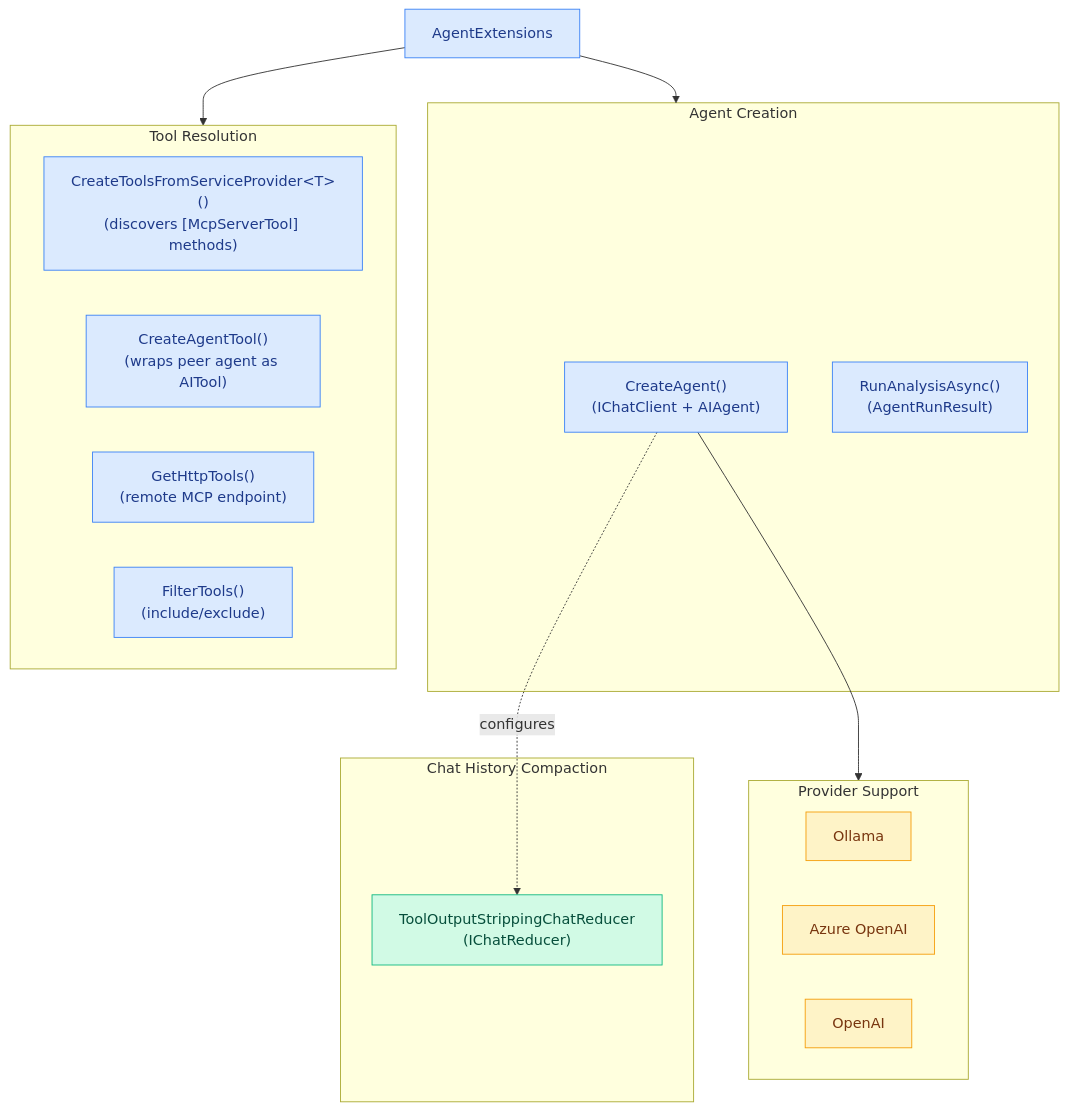
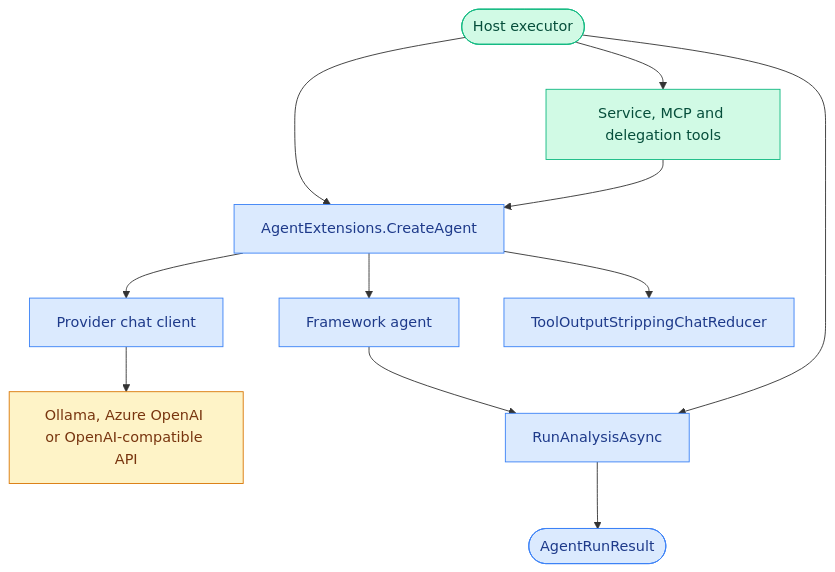
The diagram in src/CasCap.AgentRuntime.Execution/README.md (f2calv/agentizr), drawn with Mermaid before and after one commit. The commit also changed other lines of this file and 9 other files, not shown here.

````diff
--- a/src/CasCap.AgentRuntime.Execution/README.md
+++ b/src/CasCap.AgentRuntime.Execution/README.md
@@ -71,36 +70,16 @@
 ```mermaid
 graph TD
-    classDef core fill:#dbeafe,stroke:#3b82f6,color:#1e3a8a
-    classDef service fill:#d1fae5,stroke:#10b981,color:#064e3b
-    classDef config fill:#fef3c7,stroke:#f59e0b,color:#78350f
-    classDef store fill:#e0f2fe,stroke:#0284c7,color:#0c4a6e
-
-    AE["AgentExtensions"]:::core
-
-    subgraph AgentCreation["Agent Creation"]
-        CREATE["CreateAgent()<br/>(IChatClient + AIAgent)"]:::core
-        RUN["RunAnalysisAsync()<br/>(AgentRunResult)"]:::core
-    end
-
-    subgraph ToolResolution["Tool Resolution"]
-        SVC_TOOLS["CreateToolsFromServiceProvider&lt;T&gt;()<br/>(discovers [McpServerTool] methods)"]:::core
-        AGENT_TOOL["CreateAgentTool()<br/>(wraps peer agent as AITool)"]:::core
-        HTTP_TOOLS["GetHttpTools()<br/>(remote MCP endpoint)"]:::core
-        FILTER["FilterTools()<br/>(include/exclude)"]:::core
-    end
-
-    subgraph Providers["Provider Support"]
-        OLLAMA["Ollama"]:::config
-        AZURE["Azure OpenAI"]:::config
-        OPENAI["OpenAI"]:::config
-    end
-
-    subgraph Compaction["Chat History Compaction"]
-        REDUCER["ToolOutputStrippingChatReducer<br/>(IChatReducer)"]:::service
-    end
-
-    AE --> AgentCreation
-    AE --> ToolResolution
-    CREATE --> Providers
-    CREATE -.configures.-> REDUCER
+    classDef execution fill:#dbeafe,stroke:#3b82f6,color:#1e3a8a
+    classDef host fill:#d1fae5,stroke:#10b981,color:#064e3b
+    classDef external fill:#fef3c7,stroke:#d97706,color:#78350f
+    Executor([Host executor]):::host --> Factory[AgentExtensions.CreateAgent]:::execution
+    Executor --> Tools[Service, MCP and delegation tools]:::host
+    Tools --> Factory
+    Factory --> Client[Provider chat client]:::execution
+    Factory --> Agent[Framework agent]:::execution
+    Client --> Provider[Ollama, Azure OpenAI or OpenAI-compatible API]:::external
+    Factory --> Reducer[ToolOutputStrippingChatReducer]:::execution
+    Executor --> Run[RunAnalysisAsync]:::execution
+    Agent --> Run
+    Run --> Result([AgentRunResult]):::execution
 ```
````
